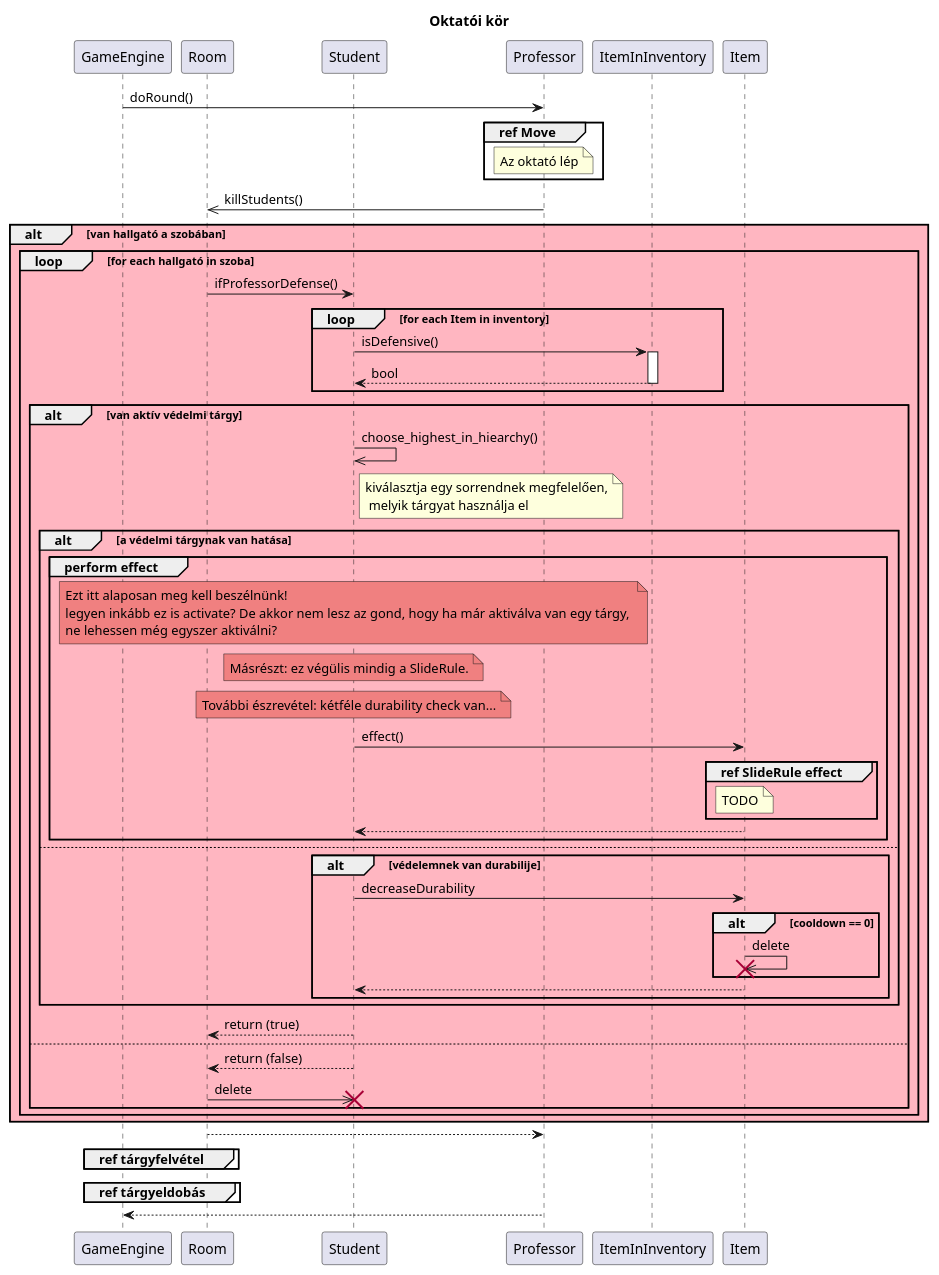
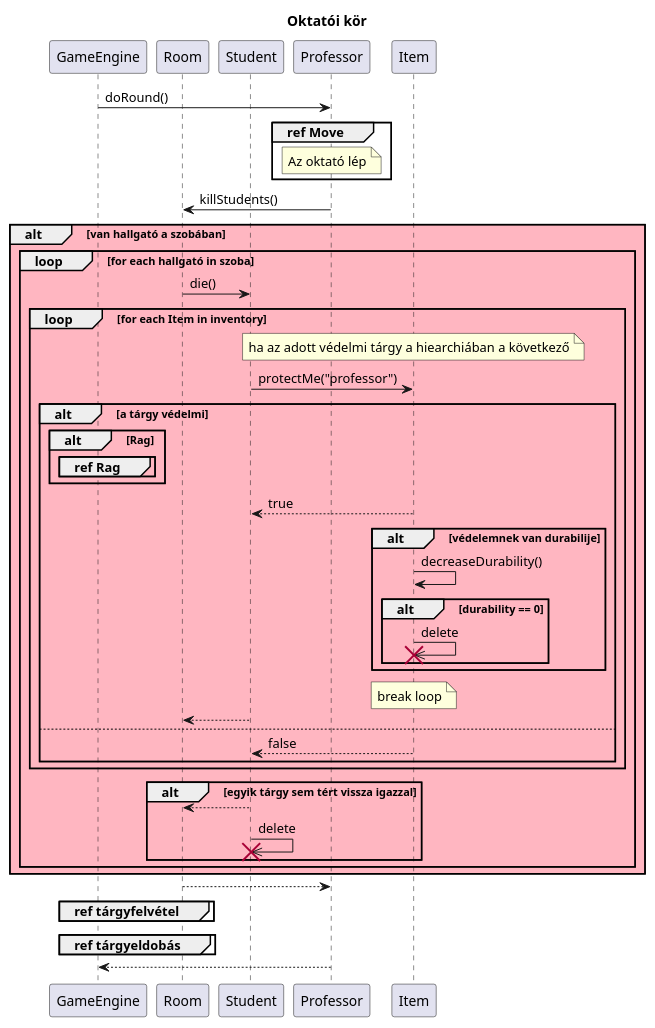
One commit to kipolaris/skyrimscriptsuttogok changed the diagram in diagramms/src/round_professor.puml. Above: the diagram before and after it, drawn with PlantUML. The commit also changed 29 other files, not shown here.

Commit message:
fix and continue sequence diagrams

```diff
--- a/diagramms/src/round_professor.puml
+++ b/diagramms/src/round_professor.puml
@@ -1,79 +1,68 @@
 @startuml Round_okt
 
 title Oktatói kör
 
 participant GameEngine as g
 
 participant Room as sz
 
 participant Student as h
 participant Professor as okt
-participant ItemInInventory as t1
 participant Item as t
 
 g->okt : doRound()
 
 group ref Move
 note over okt : Az oktató lép
 end
 
-okt->>sz : killStudents()
+okt->sz : killStudents()
 alt #LightPink van hallgató a szobában
     loop for each hallgató in szoba
 
-        sz -> h : ifProfessorDefense()
+        sz -> h : die()
 
-        'megkérdezni a labvezt, hogy nem baj-e, hogy itt csak bool-al tér vissza'
         loop for each Item in inventory
-            'ez jó?'
-            h->t1 ++: isDefensive()
-            return bool
-        end
-        
-        alt van aktív védelmi tárgy
-            h->>h : choose_highest_in_hiearchy()
-            note right of h : kiválasztja egy sorrendnek megfelelően,\n melyik tárgyat használja el
+            note over t : ha az adott védelmi tárgy a hiearchiában a következő
+            h->t : protectMe("professor")
 
+            alt a tárgy védelmi
 
-            alt a védelmi tárgynak van hatása
+                alt Rag
+                    group ref Rag
+                    end
+                end
 
-                group perform effect
-                    
-                    note over h #LightCoral : Ezt itt alaposan meg kell beszélnünk! \nlegyen inkább ez is activate? De akkor nem lesz az gond, hogy ha már aktiválva van egy tárgy, \nne lehessen még egyszer aktiválni?
-                    note over h #LightCoral : Másrészt: ez végülis mindig a SlideRule.
-                    note over h #LightCoral : További észrevétel: kétféle durability check van...
-                    h->t : effect()
-                    group ref SlideRule effect
-                        note over t: TODO
-                    end
-                    t-->h
-            
-                end
-            else
+                t-->h : true
+
                 alt védelemnek van durabilije
-                    h->t : decreaseDurability
-                    alt cooldown == 0
+                t->t : decreaseDurability()
+                    alt durability == 0
                         t->>t !!: delete
                     end
-                    t-->h
-            end
-            end
+                end
+                note over t : break loop
 
-            h-->sz : return (true)
-        else
-            h-->sz : return (false)
-            sz ->> h !!: delete            
+                h-->sz
+            else
+                t-->h : false
+            end           
+        end
+
+        alt egyik tárgy sem tért vissza igazzal
+            h-->sz
+            h ->> h !!: delete 
         end
     end
 end
 
 sz --> okt
 
 group ref tárgyfelvétel
 end
 
 group ref tárgyeldobás
 end
 
 okt --> g
 @enduml
```
